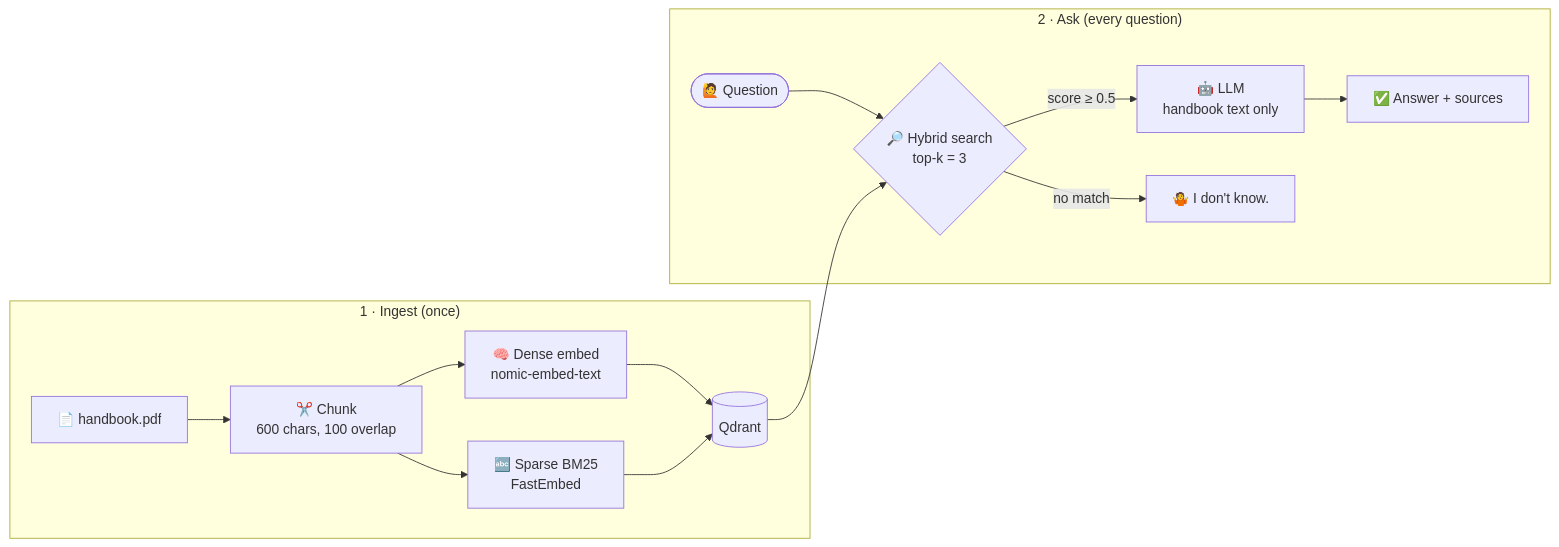
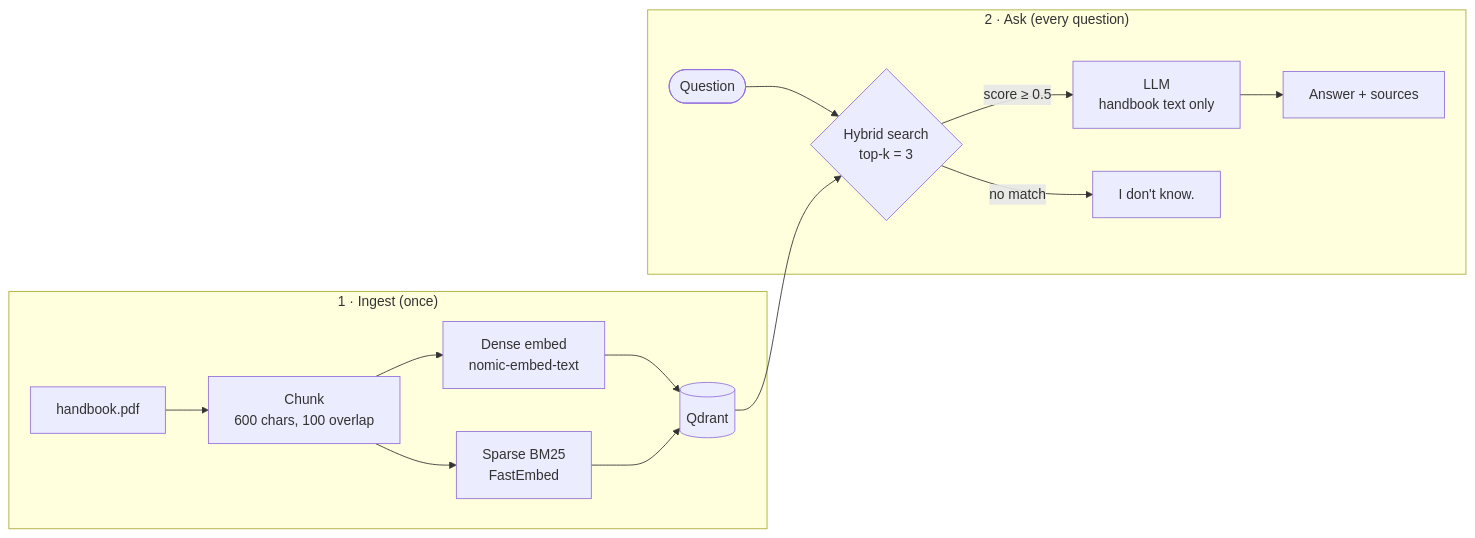
Before and after one commit to muhammadriaz9850/clause: the diagram in README.md, drawn with Mermaid. The commit also changed other lines of this file, not shown here.

Commit message:
docs(readme): how it works

````diff
--- a/README.md
+++ b/README.md
@@ -9,24 +9,18 @@
 ```mermaid
 flowchart LR
     subgraph Ingest["1 · Ingest (once)"]
-        PDF[📄 handbook.pdf] --> Chunk[✂️ Chunk<br/>600 chars, 100 overlap]
-        Chunk --> Dense[🧠 Dense embed<br/>nomic-embed-text]
-        Chunk --> Sparse[🔤 Sparse BM25<br/>FastEmbed]
+        PDF[handbook.pdf] --> Chunk[Chunk<br/>600 chars, 100 overlap]
+        Chunk --> Dense[Dense embed<br/>nomic-embed-text]
+        Chunk --> Sparse[Sparse BM25<br/>FastEmbed]
         Dense --> Q[(Qdrant)]
         Sparse --> Q
     end
 
     subgraph Ask["2 · Ask (every question)"]
-        User([🙋 Question]) --> Hybrid{🔎 Hybrid search<br/>top-k = 3}
+        User([Question]) --> Hybrid{Hybrid search<br/>top-k = 3}
         Q --> Hybrid
-        Hybrid -- "score ≥ 0.5" --> LLM[🤖 LLM<br/>handbook text only]
-        Hybrid -- "no match" --> IDK[🤷 I don't know.]
-        LLM --> Out[✅ Answer + sources]
+        Hybrid -- "score ≥ 0.5" --> LLM[LLM<br/>handbook text only]
+        Hybrid -- "no match" --> IDK[I don't know.]
+        LLM --> Out[Answer + sources]
     end
-
-    click PDF "api/files/shop_handbook.md" "Read the handbook"
-    click Chunk "api/app/services/ingestion.py" "See ingestion code"
-    click Q "api/app/services/ingestion.py" "See collection setup"
-    click Hybrid "api/app/services/chat.py" "See retrieval code"
-    click LLM "api/app/core/config.py" "See the system prompt"
 ```
````
